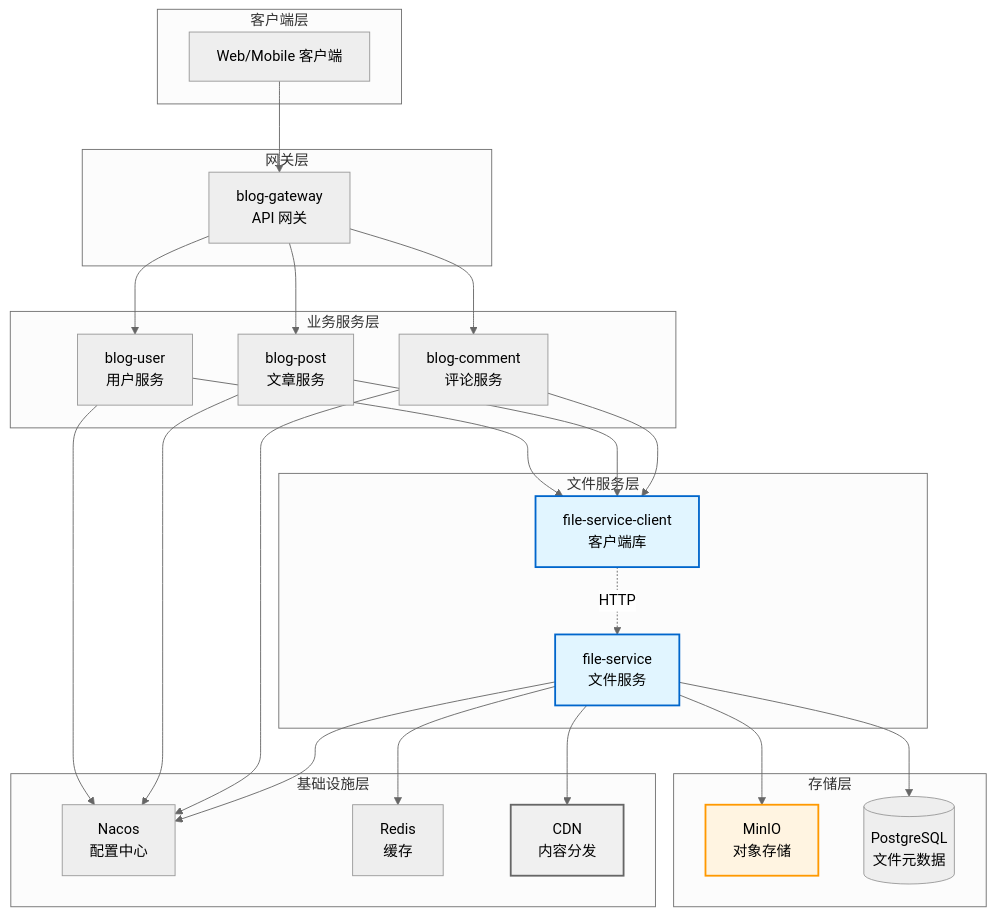
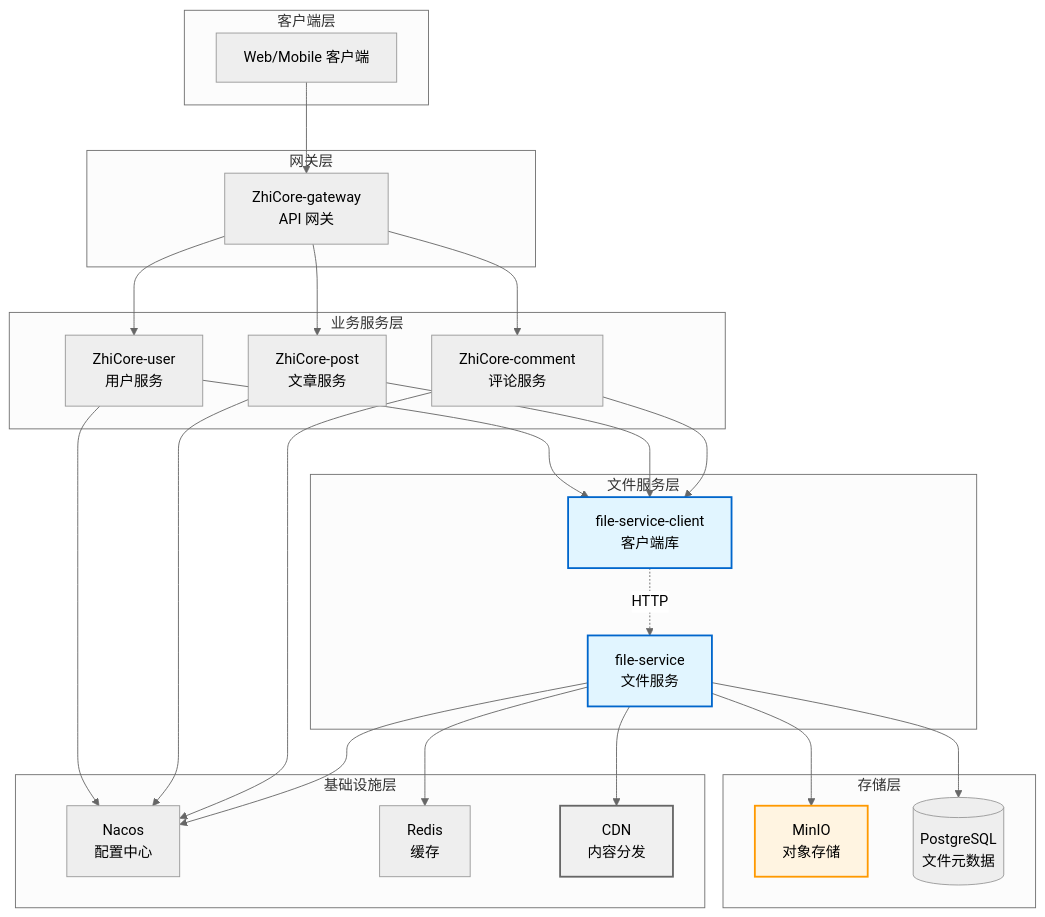
The first of 11 diagrams in docs/architecture/file-service-integration.md (architectcgz/zhicore), drawn with Mermaid (neutral theme) before and after one commit. The commit also changed other lines of this file and 1789 other files, not shown here.

````diff
--- a/docs/architecture/file-service-integration.md
+++ b/docs/architecture/file-service-integration.md
@@ -30,58 +30,58 @@
 ```mermaid
 graph TB
     subgraph "客户端层"
         Client[Web/Mobile 客户端]
     end
     
     subgraph "网关层"
-        Gateway[blog-gateway<br/>API 网关]
+        Gateway[ZhiCore-gateway<br/>API 网关]
     end
     
     subgraph "业务服务层"
-        UserService[blog-user<br/>用户服务]
-        PostService[blog-post<br/>文章服务]
-        CommentService[blog-comment<br/>评论服务]
+        UserService[ZhiCore-user<br/>用户服务]
+        PostService[ZhiCore-post<br/>文章服务]
+        CommentService[ZhiCore-comment<br/>评论服务]
     end
     
     subgraph "文件服务层"
         FileService[file-service<br/>文件服务]
         FileClient[file-service-client<br/>客户端库]
     end
     
     subgraph "存储层"
         MinIO[MinIO<br/>对象存储]
         PostgreSQL[(PostgreSQL<br/>文件元数据)]
     end
     
     subgraph "基础设施层"
         Nacos[Nacos<br/>配置中心]
         Redis[Redis<br/>缓存]
         CDN[CDN<br/>内容分发]
     end
     
     Client --> Gateway
     Gateway --> UserService
     Gateway --> PostService
     Gateway --> CommentService
     
     UserService --> FileClient
     PostService --> FileClient
     CommentService --> FileClient
     
     FileClient -.HTTP.-> FileService
     
     FileService --> MinIO
     FileService --> PostgreSQL
     FileService --> Redis
     FileService --> CDN
     
     UserService --> Nacos
     PostService --> Nacos
     CommentService --> Nacos
     FileService --> Nacos
     
     style FileService fill:#e1f5ff,stroke:#0066cc,stroke-width:2px
     style FileClient fill:#e1f5ff,stroke:#0066cc,stroke-width:2px
     style MinIO fill:#fff4e1,stroke:#ff9900,stroke-width:2px
     style CDN fill:#f0f0f0,stroke:#666666,stroke-width:2px
 ```
````
